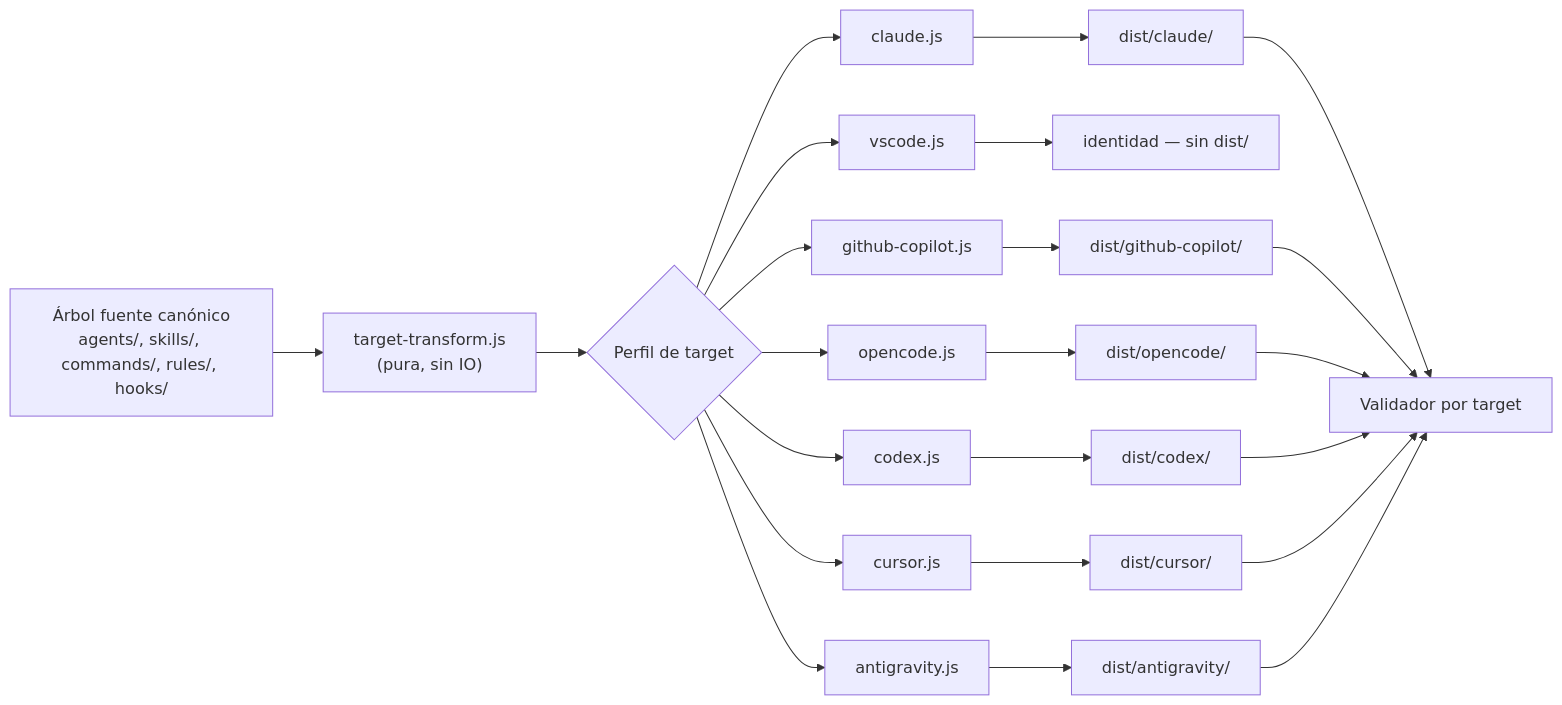
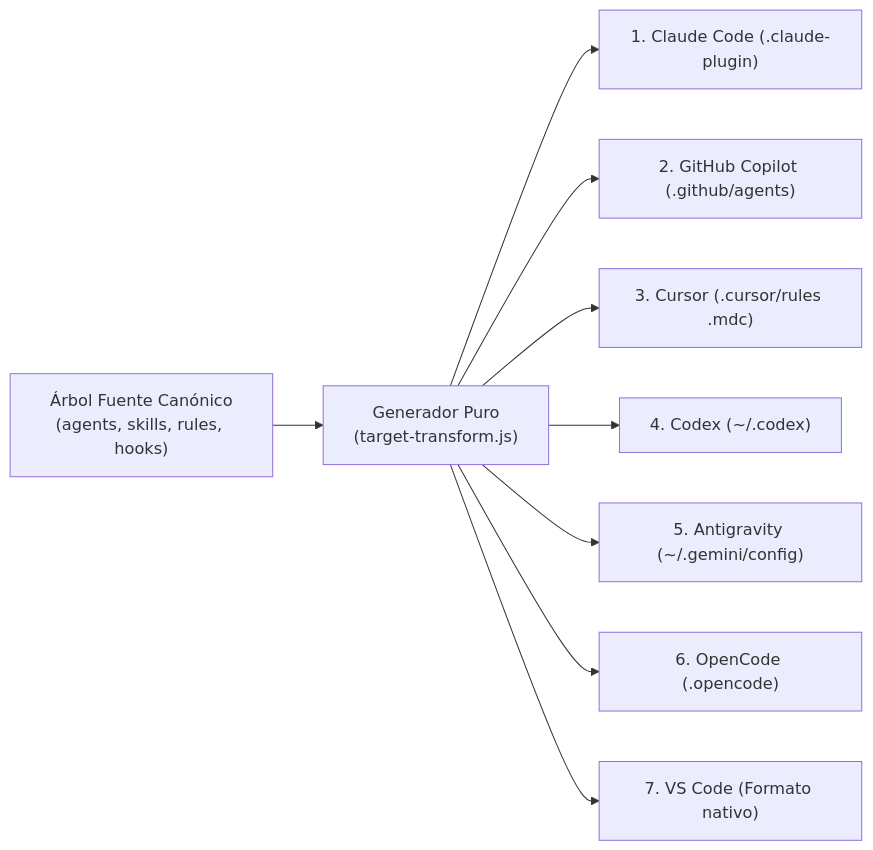
The diagram in openwiki/architecture/overview.md (Snakeblack/ospec-workflow), drawn with Mermaid before and after one commit. The commit also changed other lines of this file and 17 other files, not shown here.

First line of the commit message:
docs(openwiki): reescribir documentacion con enfoque accesible e incorporar evolucion y roadmap

````diff
--- a/openwiki/architecture/overview.md
+++ b/openwiki/architecture/overview.md
@@ -30,25 +21,11 @@
 ```mermaid
 flowchart LR
-    A["Árbol fuente canónico\nagents/, skills/, commands/, rules/, hooks/"] --> B["target-transform.js\n(pura, sin IO)"]
-    B --> C{Perfil de target}
-    C --> D[claude.js]
-    C --> E[vscode.js]
-    C --> F[github-copilot.js]
-    C --> G[opencode.js]
-    C --> H[codex.js]
-    C --> X[cursor.js]
-    C --> Y[antigravity.js]
-    D --> I["dist/claude/"]
-    E --> J["identidad — sin dist/"]
-    F --> K["dist/github-copilot/"]
-    G --> L["dist/opencode/"]
-    H --> M["dist/codex/"]
-    X --> P["dist/cursor/"]
-    Y --> Q["dist/antigravity/"]
-    I --> N[Validador por target]
-    K --> N
-    L --> N
-    M --> N
-    P --> N
-    Q --> N
+    A["Árbol Fuente Canónico\n(agents, skills, rules, hooks)"] --> B["Generador Puro\n(target-transform.js)"]
+    B --> C["1. Claude Code (.claude-plugin)"]
+    B --> D["2. GitHub Copilot (.github/agents)"]
+    B --> E["3. Cursor (.cursor/rules .mdc)"]
+    B --> F["4. Codex (~/.codex)"]
+    B --> G["5. Antigravity (~/.gemini/config)"]
+    B --> H["6. OpenCode (.opencode)"]
+    B --> I["7. VS Code (Formato nativo)"]
 ```
````
